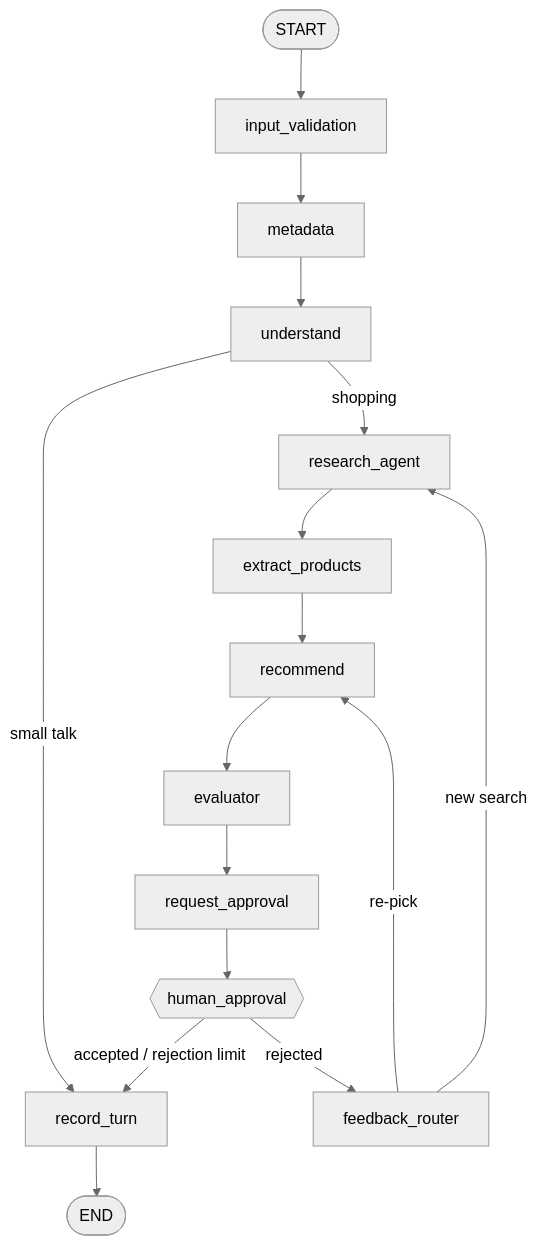
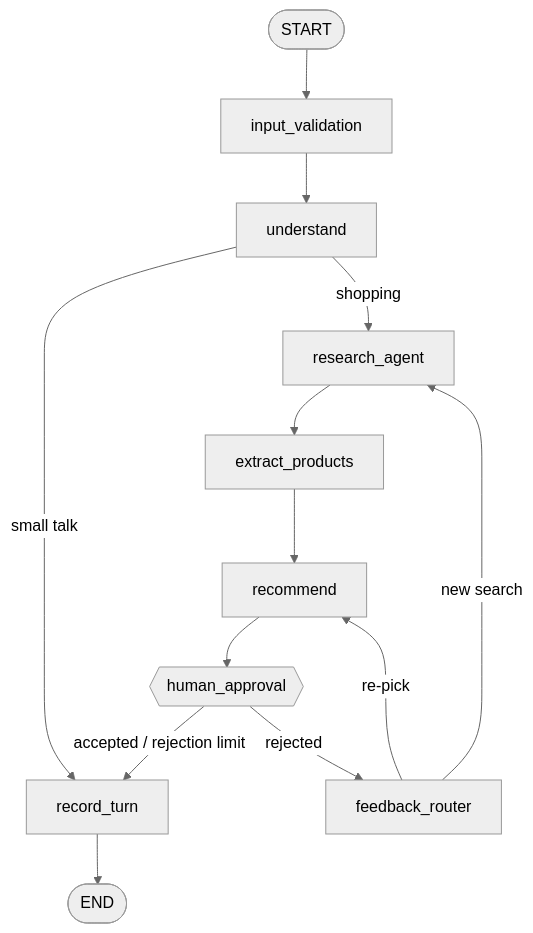
The diagram in README.md (DucwTran/ShoppingAssistantAgent), drawn with Mermaid (neutral theme) before and after one commit. The commit also changed other lines of this file and 43 other files, not shown here.

Commit message:
refactor!: graph down to 8 nodes, judge moved to evals, language detection into input_validation

````diff
--- a/README.md
+++ b/README.md
@@ -19,13 +19,12 @@
 ```mermaid
 flowchart TD
-    START([START]) --> IV[input_validation] --> MD[metadata] --> UN[understand]
+    START([START]) --> IV[input_validation] --> UN[understand]
     UN -->|small talk| RT[record_turn]
     UN -->|shopping| RA[research_agent]
-    RA --> EP[extract_products] --> REC[recommend] --> EV[evaluator]
-    EV --> RQ[request_approval] --> HA{{human_approval}}
+    RA --> EP[extract_products] --> REC[recommend] --> HA{{human_approval}}
     HA -->|accepted / rejection limit| RT
     HA -->|rejected| FR[feedback_router]
     FR -->|new search| RA
     FR -->|re-pick| REC
     RT --> END1([END])
 ```
````
